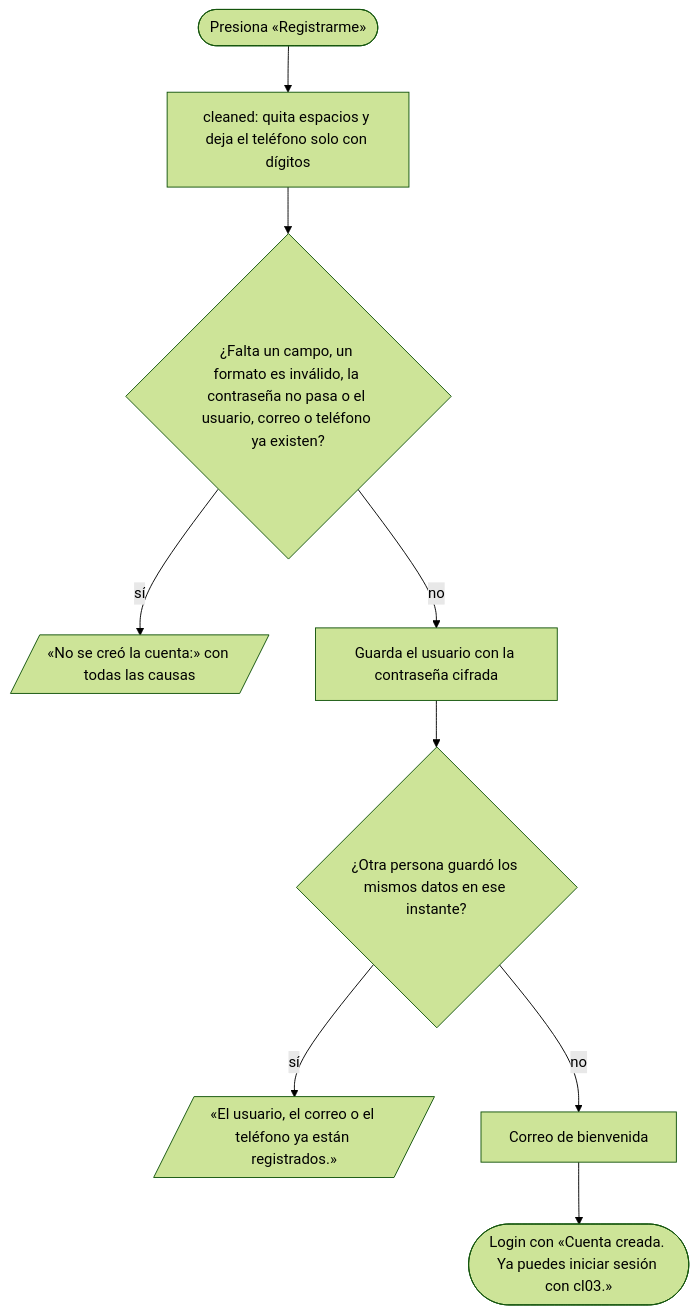
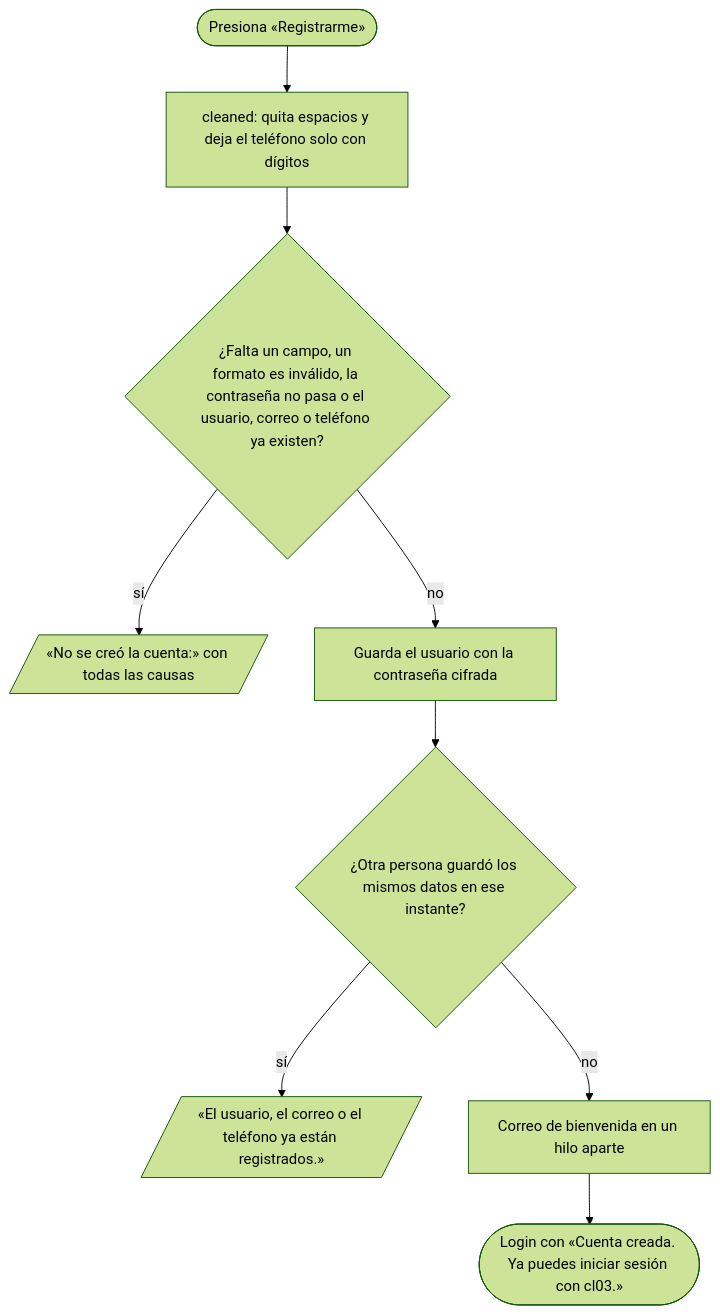
The fourth of 39 diagrams in docs/casos-de-uso.md (peterteranb/astra-rent-system), drawn with Mermaid (forest theme) before and after one commit. The commit also changed other lines of this file and 9 other files, not shown here.

````diff
--- a/docs/casos-de-uso.md
+++ b/docs/casos-de-uso.md
@@ -181,11 +259,11 @@
 ```mermaid
 flowchart TD
     A(["Presiona «Registrarme»"]) --> B["cleaned: quita espacios y deja el teléfono solo con dígitos"]
     B --> C{"¿Falta un campo, un formato es inválido, la contraseña no pasa o el usuario, correo o teléfono ya existen?"}
     C -- sí --> D[/"«No se creó la cuenta:» con todas las causas"/]
     C -- no --> E["Guarda el usuario con la contraseña cifrada"]
     E --> F{"¿Otra persona guardó los mismos datos en ese instante?"}
     F -- sí --> G[/"«El usuario, el correo o el teléfono ya están registrados.»"/]
-    F -- no --> H["Correo de bienvenida"]
+    F -- no --> H["Correo de bienvenida en un hilo aparte"]
     H --> I(["Login con «Cuenta creada. Ya puedes iniciar sesión con cl03.»"])
 ```
````
